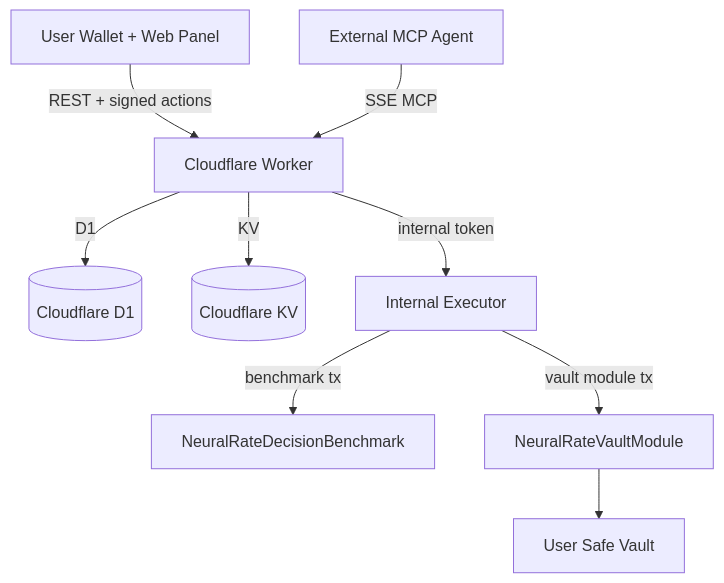
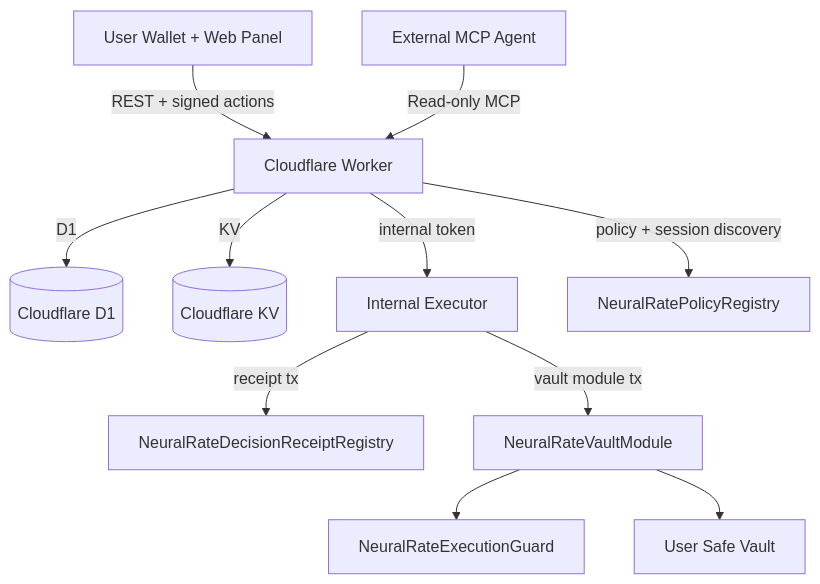
Before and after one commit to Lipe-lx/NeuralRate-MCP: the diagram in README.md, drawn with Mermaid. The commit also changed other lines of this file and 55 other files, not shown here.

First line of the commit message:
feat: Implement NeuralRateExecutionGuard and NeuralRatePolicyRegistry contracts

````diff
--- a/README.md
+++ b/README.md
@@ -41,11 +43,13 @@
 ```mermaid
 graph TD
     User[User Wallet + Web Panel] -->|REST + signed actions| Worker[Cloudflare Worker]
-    Agent[External MCP Agent] -->|SSE MCP| Worker
+    Agent[External MCP Agent] -->|Read-only MCP| Worker
     Worker -->|D1| D1[(Cloudflare D1)]
     Worker -->|KV| KV[(Cloudflare KV)]
     Worker -->|internal token| Executor[Internal Executor]
-    Executor -->|benchmark tx| Benchmark[NeuralRateDecisionBenchmark]
+    Worker -->|policy + session discovery| PolicyRegistry[NeuralRatePolicyRegistry]
+    Executor -->|receipt tx| ReceiptRegistry[NeuralRateDecisionReceiptRegistry]
     Executor -->|vault module tx| VaultModule[NeuralRateVaultModule]
+    VaultModule --> Guard[NeuralRateExecutionGuard]
     VaultModule --> Safe[User Safe Vault]
 ```
````
